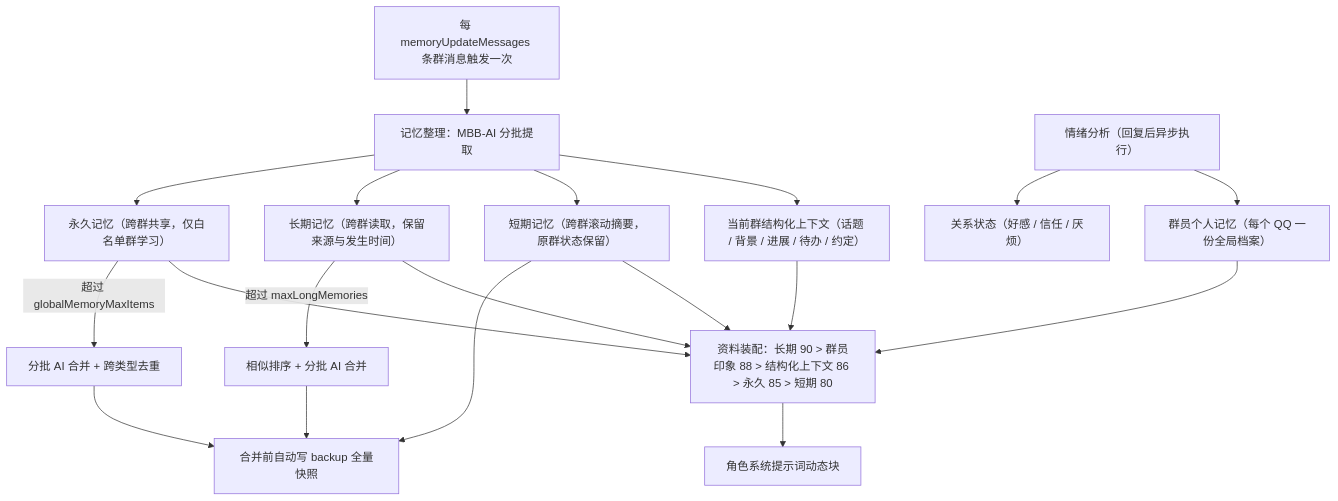
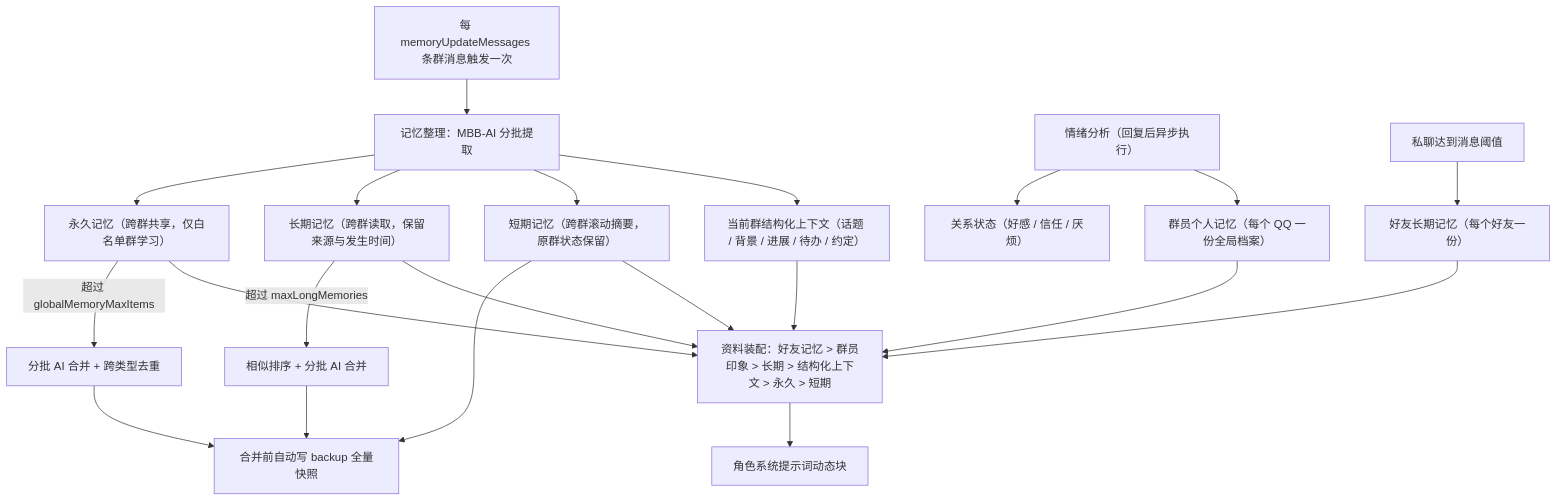
One commit to MossCG/MBB-Plugins changed the diagram in docs/roleplay/memory.md. Above: the diagram before and after it, drawn with Mermaid. The commit also changed other lines of this file and 23 other files, not shown here.

````diff
--- a/docs/roleplay/memory.md
+++ b/docs/roleplay/memory.md
@@ -71,24 +94,26 @@
 ```mermaid
 flowchart TD
     MSG["每 memoryUpdateMessages 条群消息触发一次"] --> EXTRACT["记忆整理：MBB-AI 分批提取"]
     EXTRACT --> CTX["当前群结构化上下文（话题 / 背景 / 进展 / 待办 / 约定）"]
     EXTRACT --> ST["短期记忆（跨群滚动摘要，原群状态保留）"]
     EXTRACT --> LT["长期记忆（跨群读取，保留来源与发生时间）"]
     EXTRACT --> GM["永久记忆（跨群共享，仅白名单群学习）"]
 
     EMO["情绪分析（回复后异步执行）"] --> MM["群员个人记忆（每个 QQ 一份全局档案）"]
     EMO --> REL["关系状态（好感 / 信任 / 厌烦）"]
+    PRIVATE["私聊达到消息阈值"] --> FM["好友长期记忆（每个好友一份）"]
 
-    CTX --> INJECT["资料装配：长期 90 > 群员印象 88 > 结构化上下文 86 > 永久 85 > 短期 80"]
+    CTX --> INJECT["资料装配：好友记忆 > 群员印象 > 长期 > 结构化上下文 > 永久 > 短期"]
     ST --> INJECT
     LT --> INJECT
     GM --> INJECT
     MM --> INJECT
+    FM --> INJECT
     INJECT --> PROMPT["角色系统提示词动态块"]
 
     LT -->|超过 maxLongMemories| MERGE["相似排序 + 分批 AI 合并"]
     GM -->|超过 globalMemoryMaxItems| GMERGE["分批 AI 合并 + 跨类型去重"]
     MERGE --> SNAP["合并前自动写 backup 全量快照"]
     GMERGE --> SNAP
     ST --> SNAP
 ```
````
